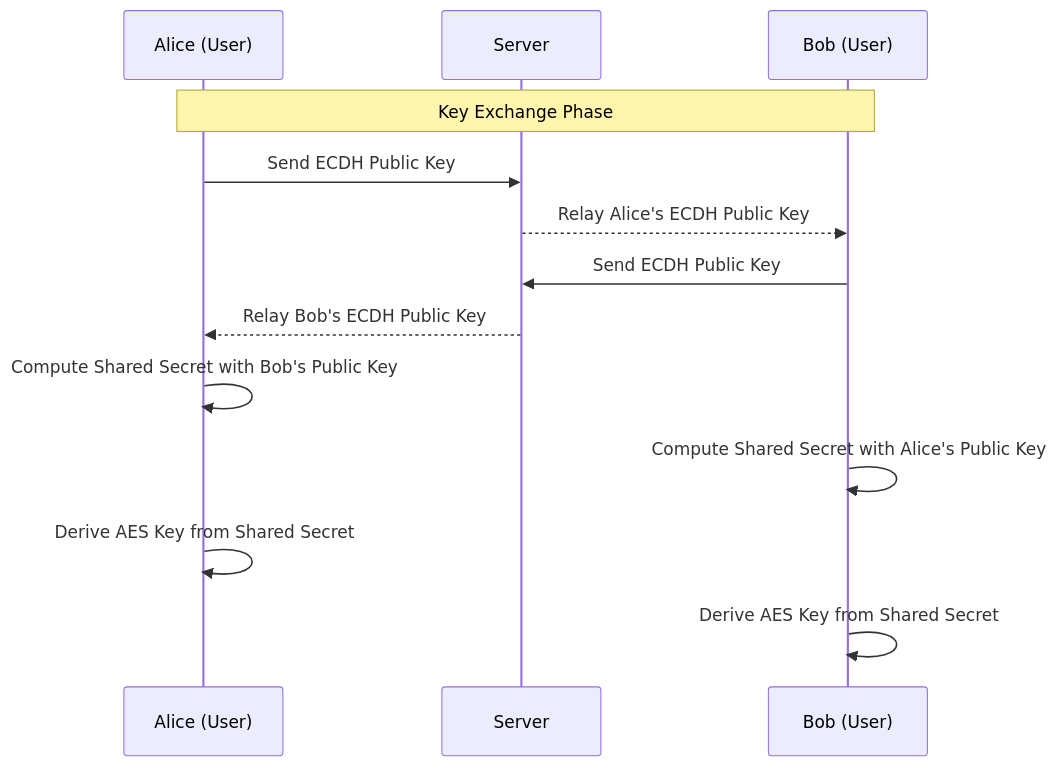
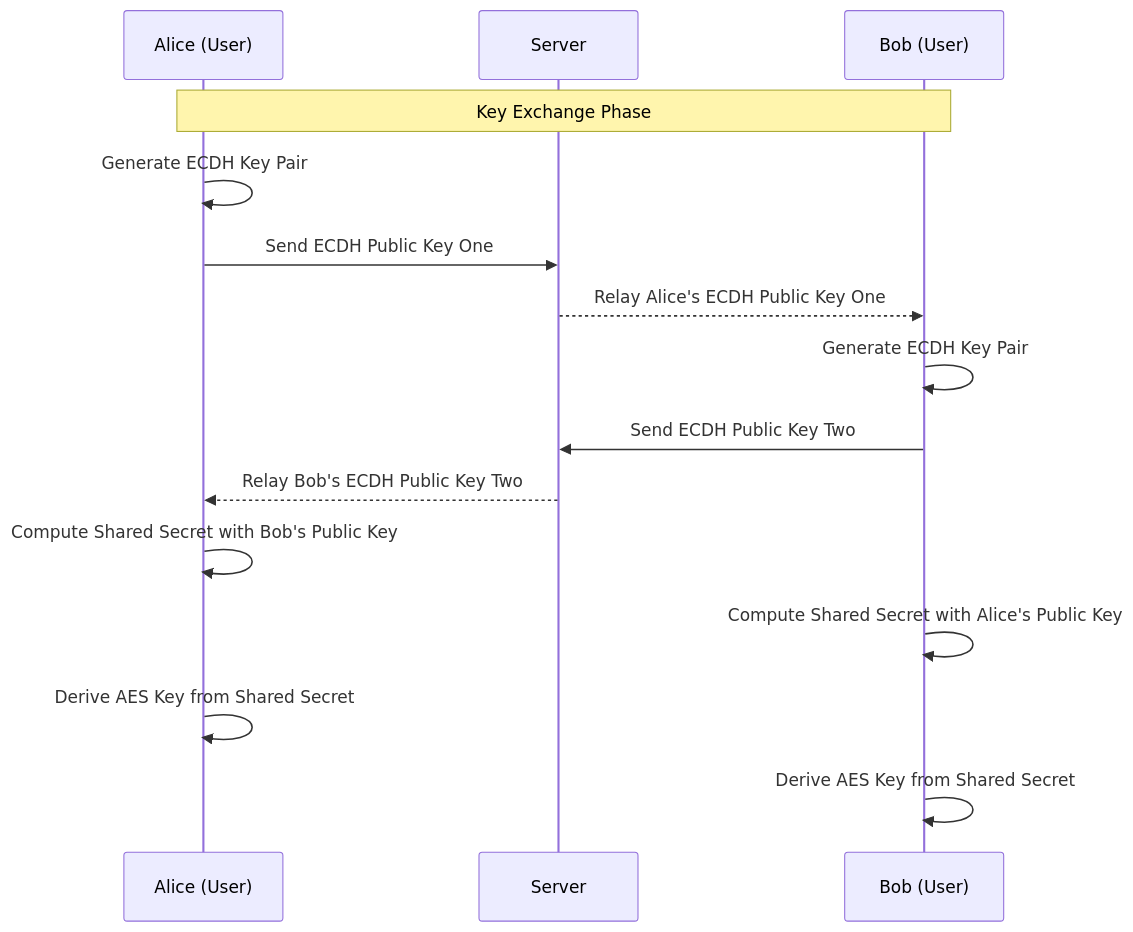
Before and after one commit to GuillaumeDorschner/RTU-CryptoChatApp: the second of 5 diagrams in Technical Design System.md, drawn with Mermaid. The commit also changed other lines of this file and 10 other files, not shown here.

````diff
--- a/Technical Design System.md
+++ b/Technical Design System.md
@@ -63,16 +60,18 @@
 ```mermaid
 sequenceDiagram
     participant A as Alice (User)
     participant S as Server
     participant B as Bob (User)
 
     Note over A,B: Key Exchange Phase
-    A->>S: Send ECDH Public Key
-    S-->>B: Relay Alice's ECDH Public Key
-    B->>S: Send ECDH Public Key
-    S-->>A: Relay Bob's ECDH Public Key
+    A->>A: Generate ECDH Key Pair
+    A->>S: Send ECDH Public Key One
+    S-->>B: Relay Alice's ECDH Public Key One
+    B->>B: Generate ECDH Key Pair
+    B->>S: Send ECDH Public Key Two
+    S-->>A: Relay Bob's ECDH Public Key Two
     A->>A: Compute Shared Secret with Bob's Public Key
     B->>B: Compute Shared Secret with Alice's Public Key
     A->>A: Derive AES Key from Shared Secret
     B->>B: Derive AES Key from Shared Secret
 ```
````
